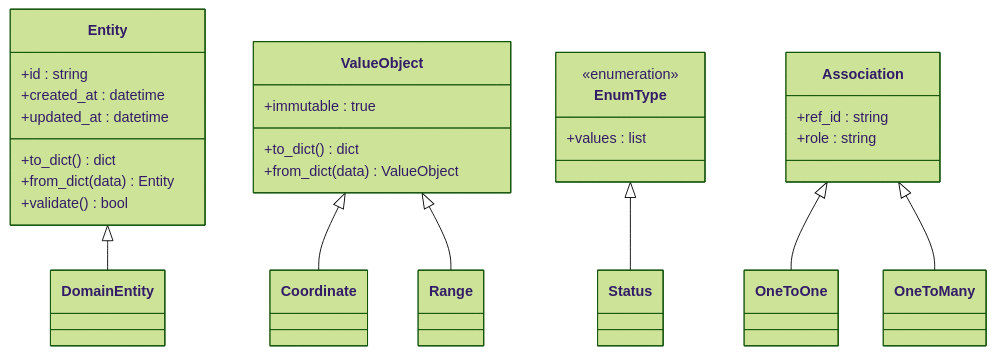
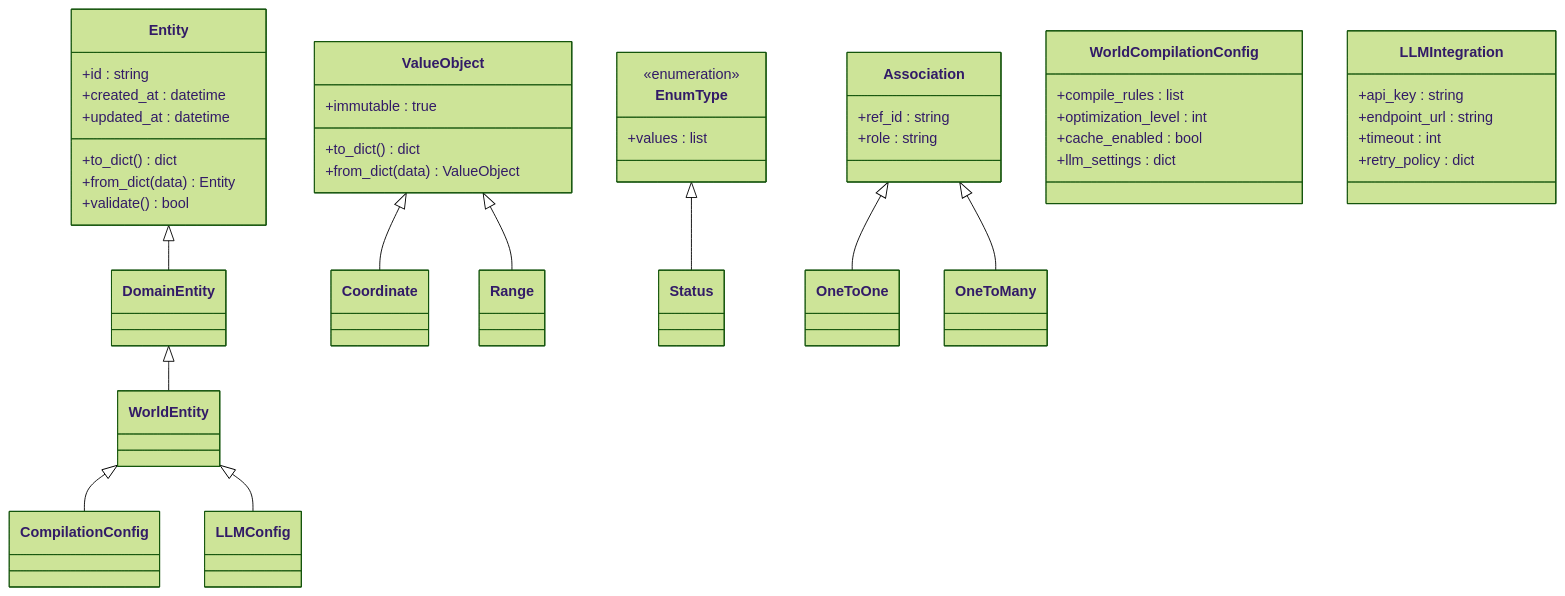
One commit to Ivandanslespace/thegreatnovel changed the third of 7 diagrams in .qoder/repowiki/zh/content/运行时系统/数据模型.md. Above: the diagram before and after it, drawn with Mermaid (forest theme). The commit also changed other lines of this file and 64 other files, not shown here.

````diff
--- a/.qoder/repowiki/zh/content/运行时系统/数据模型.md
+++ b/.qoder/repowiki/zh/content/运行时系统/数据模型.md
@@ -188,30 +209,45 @@
 ```mermaid
 classDiagram
 class Entity {
 +id : string
 +created_at : datetime
 +updated_at : datetime
 +to_dict() dict
 +from_dict(data) Entity
 +validate() bool
 }
 class ValueObject {
 +immutable : true
 +to_dict() dict
 +from_dict(data) ValueObject
 }
 class EnumType {
 <<enumeration>>
 +values : list
 }
 class Association {
 +ref_id : string
 +role : string
 }
+class WorldCompilationConfig {
++compile_rules : list
++optimization_level : int
++cache_enabled : bool
++llm_settings : dict
+}
+class LLMIntegration {
++api_key : string
++endpoint_url : string
++timeout : int
++retry_policy : dict
+}
 Entity <|-- DomainEntity
 ValueObject <|-- Coordinate
 ValueObject <|-- Range
 EnumType <|-- Status
 Association <|-- OneToOne
 Association <|-- OneToMany
+DomainEntity <|-- WorldEntity
+WorldEntity <|-- CompilationConfig
+WorldEntity <|-- LLMConfig
 ```
````
